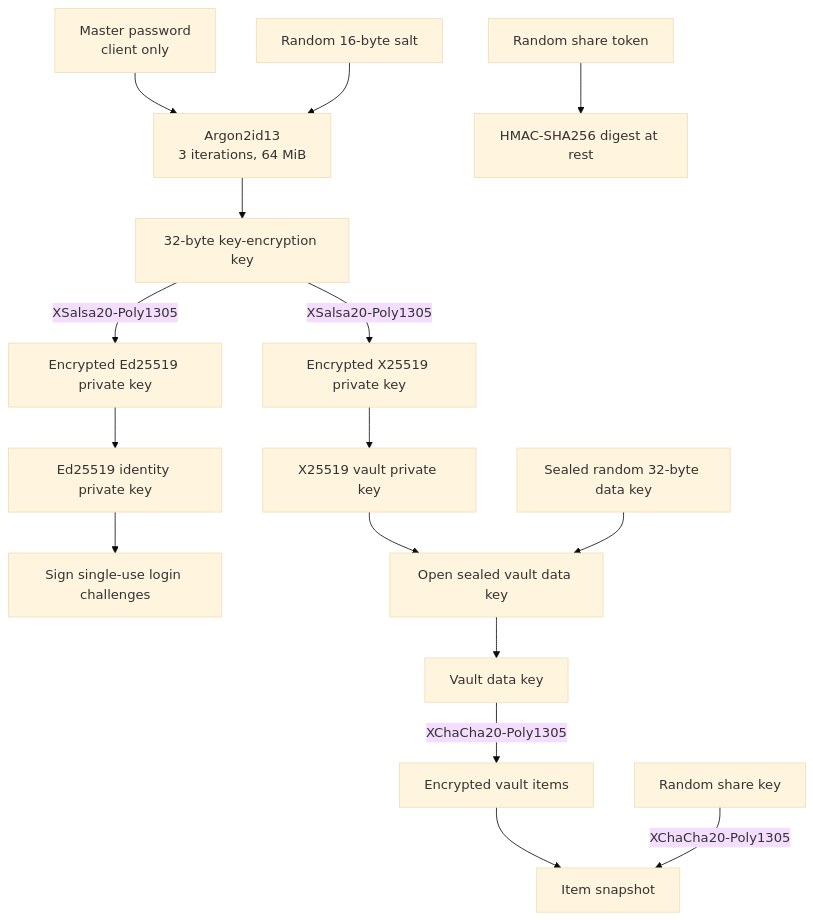
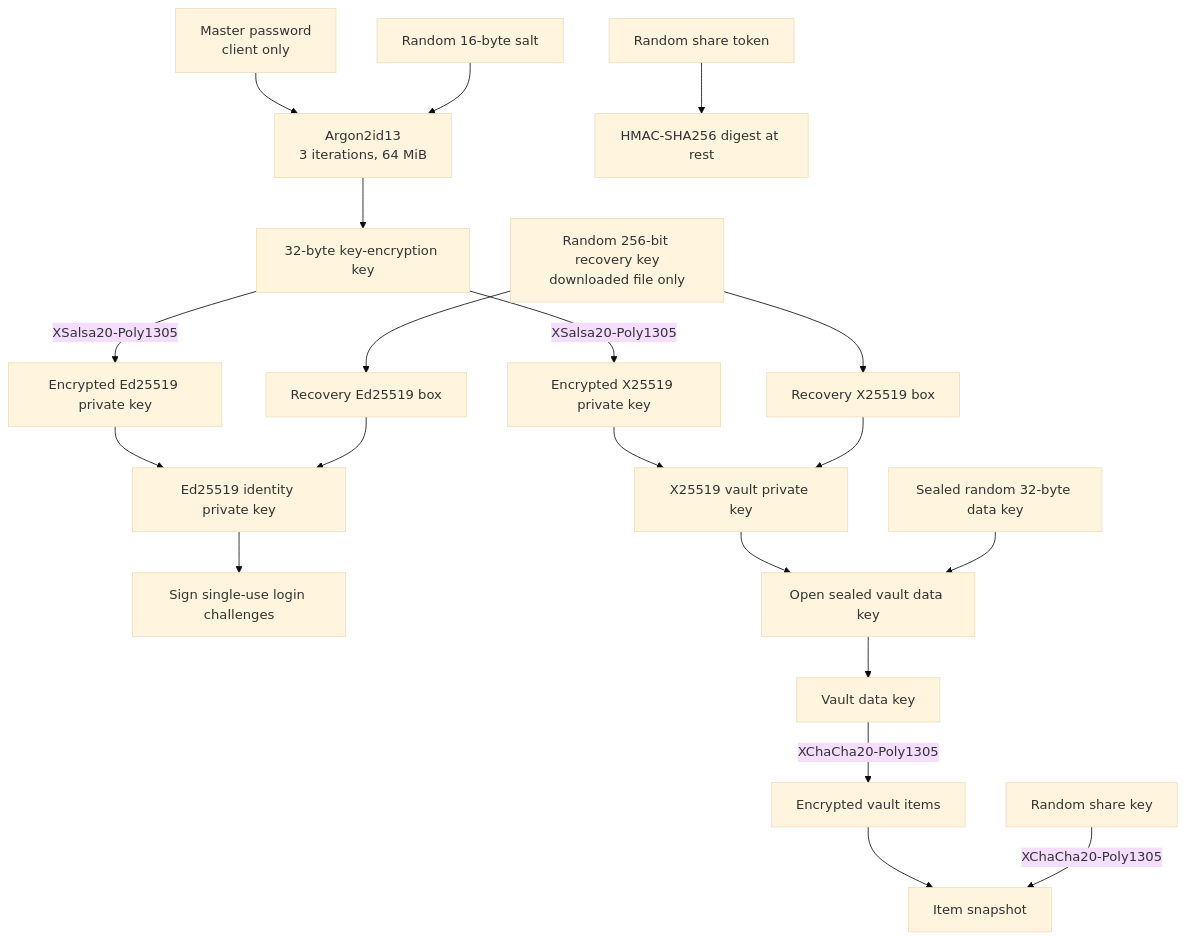
The third of 9 diagrams in README.md (iszzy1516-cmyk/lockit), drawn with Mermaid (base theme) before and after one commit. The commit also changed other lines of this file and 19 other files, not shown here.

````diff
--- a/README.md
+++ b/README.md
@@ -185,22 +190,26 @@
 ```mermaid
 flowchart TD
     MP[Master password<br/>client only] --> A[Argon2id13<br/>3 iterations, 64 MiB]
     Salt[Random 16-byte salt] --> A
     A --> KEK[32-byte key-encryption key]
 
     KEK -->|XSalsa20-Poly1305| EID[Encrypted Ed25519 private key]
     KEK -->|XSalsa20-Poly1305| EV[Encrypted X25519 private key]
+    RK[Random 256-bit recovery key<br/>downloaded file only] --> REID[Recovery Ed25519 box]
+    RK --> REV[Recovery X25519 box]
 
     EID --> ID[Ed25519 identity private key]
+    REID --> ID
     ID --> Sign[Sign single-use login challenges]
     EV --> X[X25519 vault private key]
+    REV --> X
     X --> Open[Open sealed vault data key]
     Sealed[Sealed random 32-byte data key] --> Open
 
     Open --> DK[Vault data key]
     DK -->|XChaCha20-Poly1305| Items[Encrypted vault items]
 
     Items --> Snapshot[Item snapshot]
     SK[Random share key] -->|XChaCha20-Poly1305| Snapshot
     Token[Random share token] --> HMAC[HMAC-SHA256 digest at rest]
 ```
````
